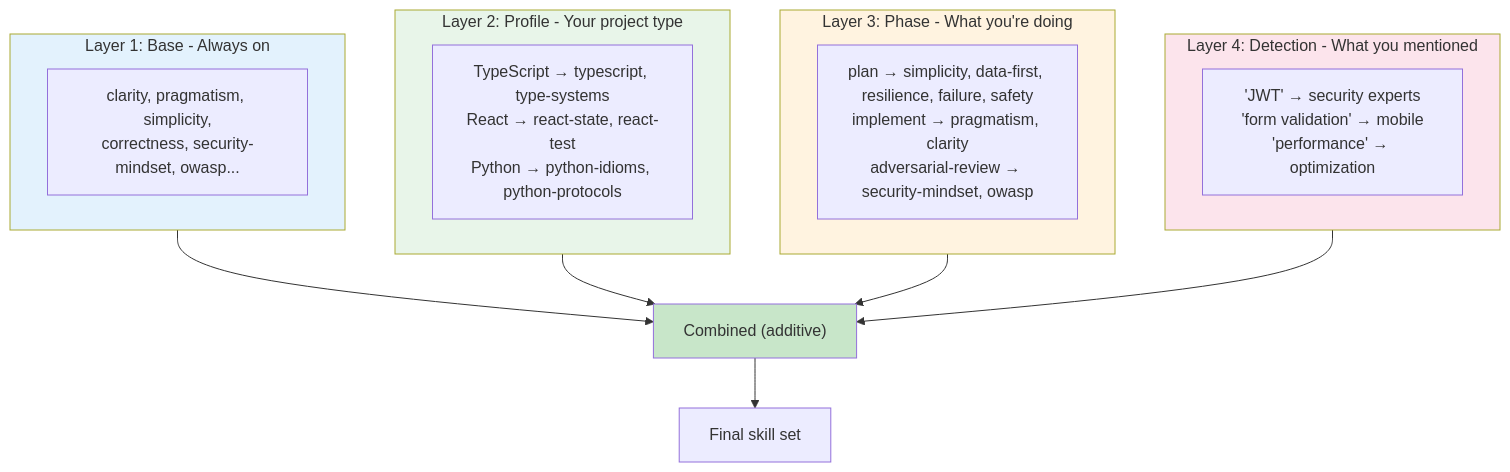
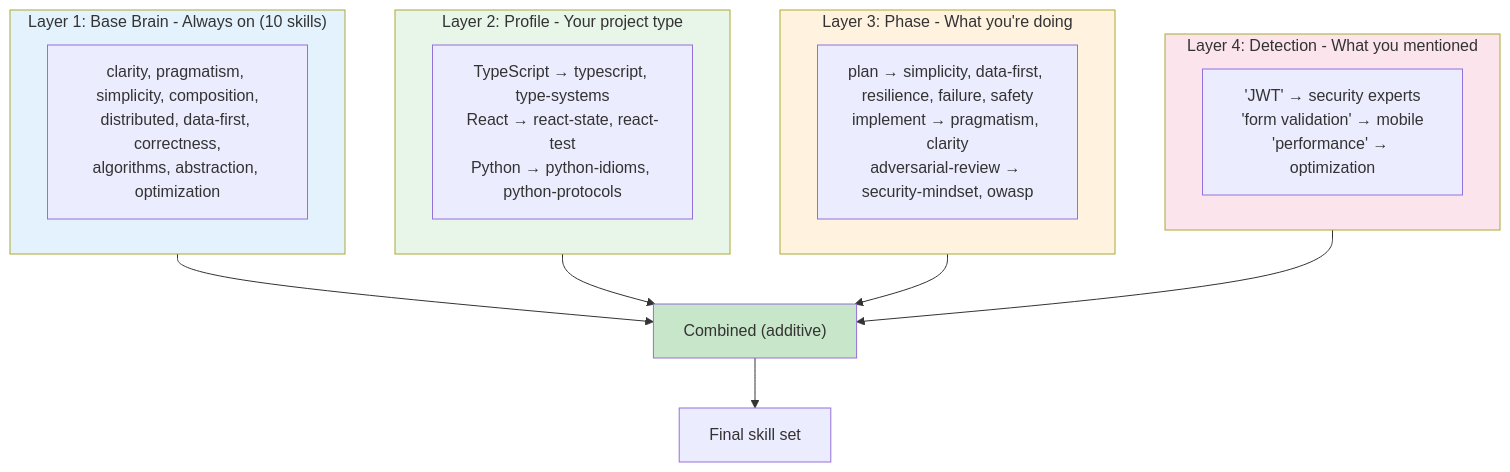
Before and after one commit to Objective-Arts/lens: the diagram in documentation/explanation/how-skills-load.md, drawn with Mermaid. The commit also changed other lines of this file and 16 other files, not shown here.

First line of the commit message:
Update docs: add Base Brain, remove obsolete reference pages

````diff
--- a/documentation/explanation/how-skills-load.md
+++ b/documentation/explanation/how-skills-load.md
@@ -12,31 +12,31 @@
 ```mermaid
 flowchart TB
-    subgraph L1["Layer 1: Base - Always on"]
-        BASE["clarity, pragmatism, simplicity,<br/>correctness, security-mindset, owasp..."]
+    subgraph L1["Layer 1: Base Brain - Always on (10 skills)"]
+        BASE["clarity, pragmatism, simplicity, composition,<br/>distributed, data-first, correctness,<br/>algorithms, abstraction, optimization"]
     end
 
     subgraph L2["Layer 2: Profile - Your project type"]
         PROFILE["TypeScript → typescript, type-systems<br/>React → react-state, react-test<br/>Python → python-idioms, python-protocols"]
     end
 
     subgraph L3["Layer 3: Phase - What you're doing"]
         PHASE["plan → simplicity, data-first, resilience, failure, safety<br/>implement → pragmatism, clarity<br/>adversarial-review → security-mindset, owasp"]
     end
 
     subgraph L4["Layer 4: Detection - What you mentioned"]
         DETECT["'JWT' → security experts<br/>'form validation' → mobile<br/>'performance' → optimization"]
     end
 
     L1 --> MERGE
     L2 --> MERGE
     L3 --> MERGE
     L4 --> MERGE
 
     MERGE["Combined (additive)"] --> RESULT["Final skill set"]
 
     style L1 fill:#e3f2fd
     style L2 fill:#e8f5e9
     style L3 fill:#fff3e0
     style L4 fill:#fce4ec
     style MERGE fill:#c8e6c9
 ```
````
